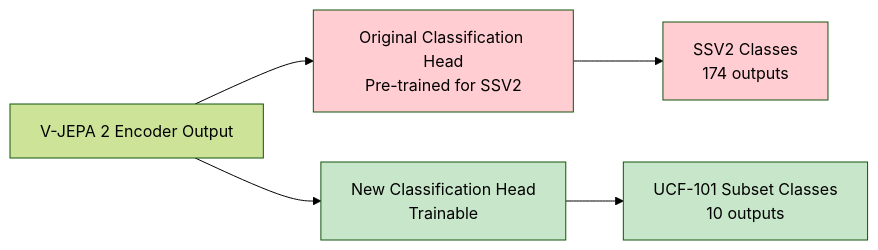
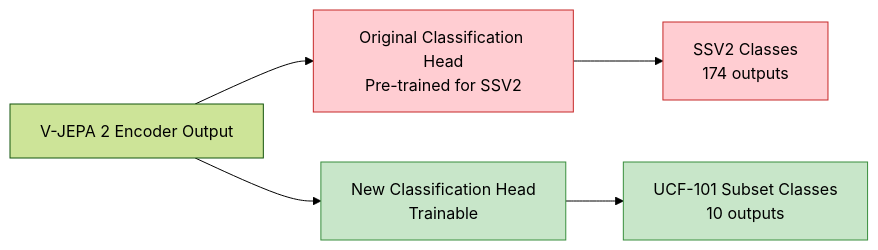
The eighth of 8 diagrams in docs/lora_architecture_diagrams.md (ZacCarrico/vjepa2), drawn with Mermaid (forest theme) before and after one commit. The commit also changed other lines of this file and 1 other file, not shown here.

````diff
--- a/docs/lora_architecture_diagrams.md
+++ b/docs/lora_architecture_diagrams.md
@@ -180,13 +218,13 @@
 ```mermaid
 graph LR
     A[V-JEPA 2 Encoder Output] --> B[Original Classification Head<br/>Pre-trained for SSV2]
     B --> C[SSV2 Classes<br/>174 outputs]
 
     A --> D[New Classification Head<br/>Trainable]
     D --> E[UCF-101 Subset Classes<br/>10 outputs]
 
-    style B fill:#ffcdd2
-    style C fill:#ffcdd2
-    style D fill:#c8e6c9
-    style E fill:#c8e6c9
+    style B fill:#ffcdd2,stroke:#c62828
+    style C fill:#ffcdd2,stroke:#c62828
+    style D fill:#c8e6c9,stroke:#388e3c
+    style E fill:#c8e6c9,stroke:#388e3c
 ```
````
